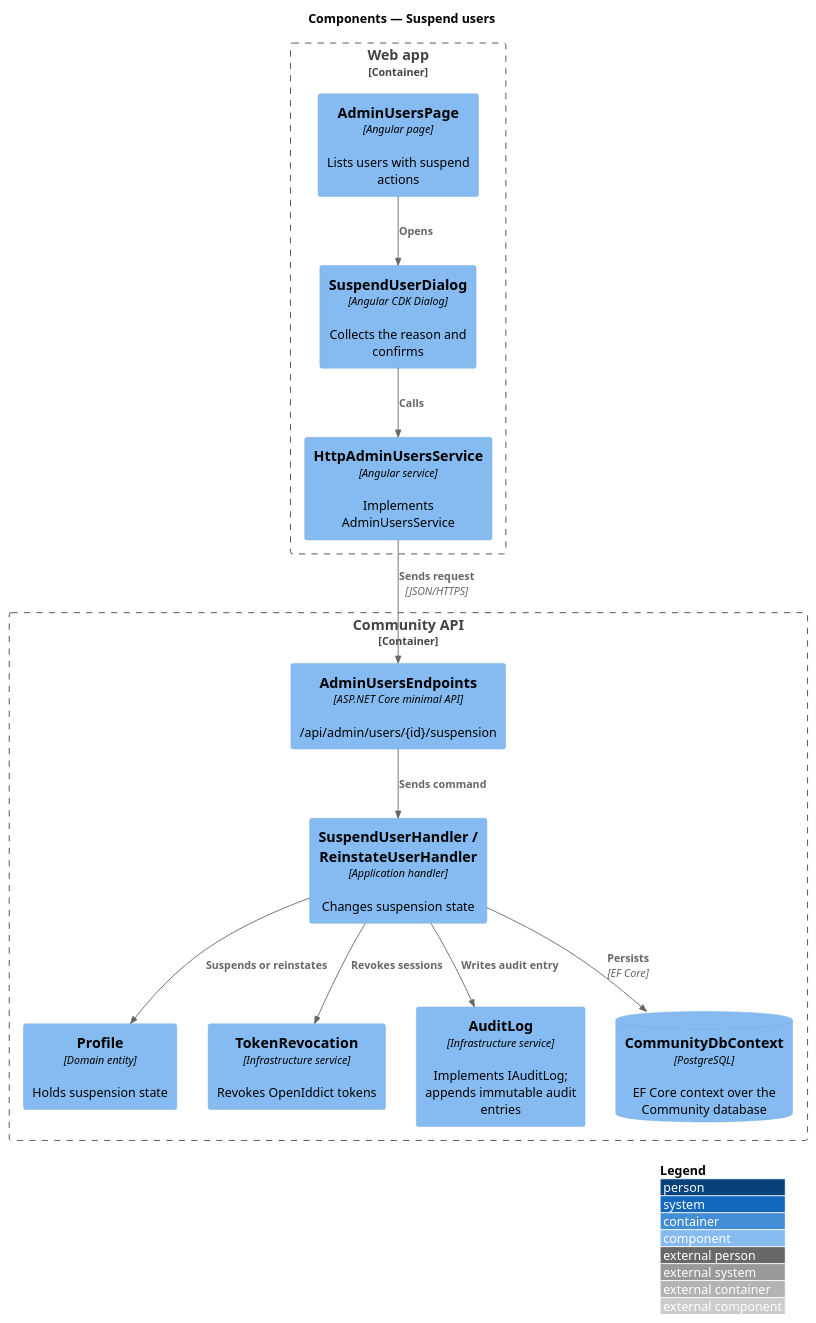
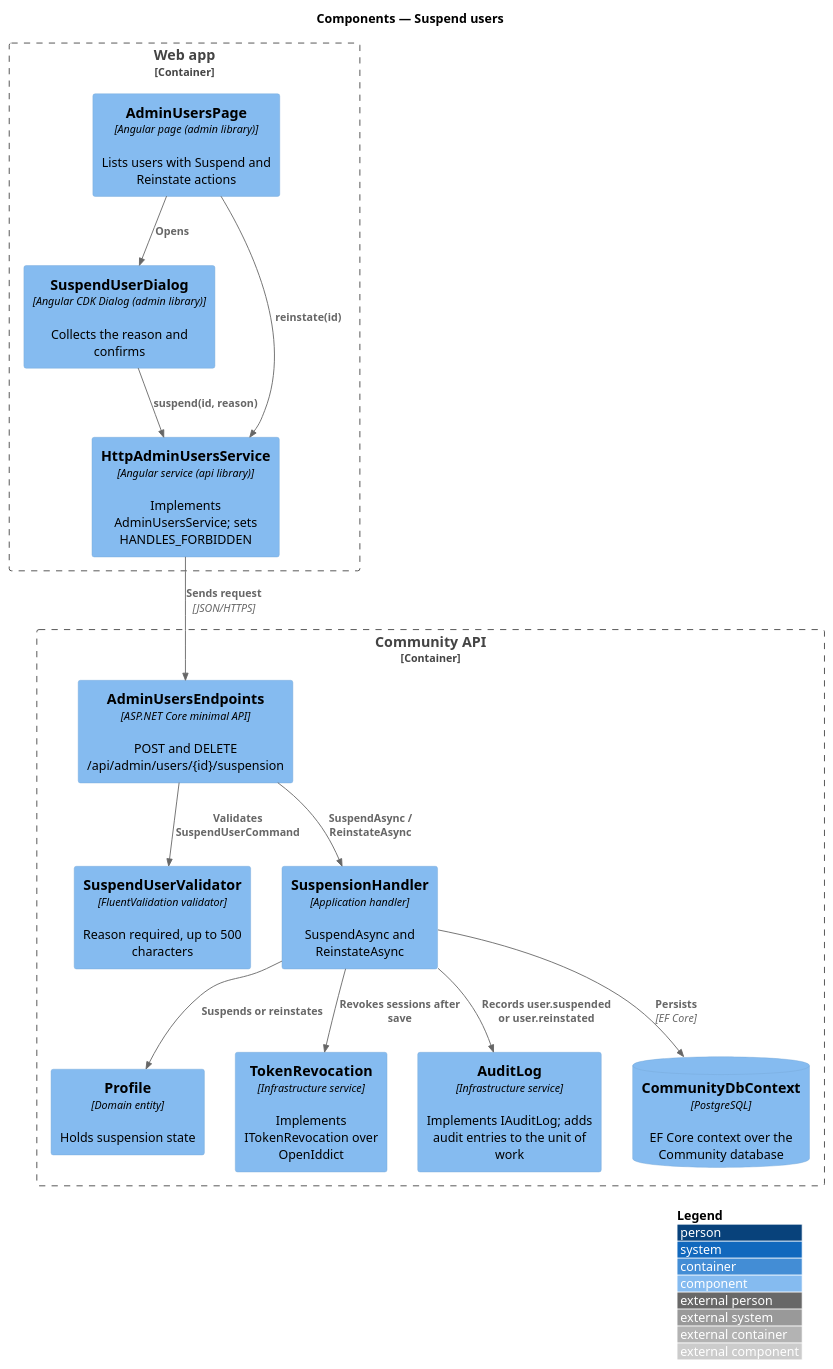
Before and after one commit to QuinntyneBrown/faithtech-community: the diagram in docs/detailed-designs/admin/suspend-users/diagrams/c4-component.puml, drawn with PlantUML. The commit also changed 67 other files, not shown here.

First line of the commit message:
Align the admin and invites designs and diagrams with the built code

```diff
--- a/docs/detailed-designs/admin/suspend-users/diagrams/c4-component.puml
+++ b/docs/detailed-designs/admin/suspend-users/diagrams/c4-component.puml
@@ -1,26 +1,29 @@
 @startuml
 !include <C4/C4_Component>
 LAYOUT_WITH_LEGEND()
 title Components — Suspend users
 Container_Boundary(web, "Web app") {
-  Component(page, "AdminUsersPage", "Angular page", "Lists users with suspend actions")
-  Component(dlg, "SuspendUserDialog", "Angular CDK Dialog", "Collects the reason and confirms")
-  Component(svc, "HttpAdminUsersService", "Angular service", "Implements AdminUsersService")
+  Component(page, "AdminUsersPage", "Angular page (admin library)", "Lists users with Suspend and Reinstate actions")
+  Component(dlg, "SuspendUserDialog", "Angular CDK Dialog (admin library)", "Collects the reason and confirms")
+  Component(svc, "HttpAdminUsersService", "Angular service (api library)", "Implements AdminUsersService; sets HANDLES_FORBIDDEN")
 }
 Container_Boundary(api, "Community API") {
-  Component(ep, "AdminUsersEndpoints", "ASP.NET Core minimal API", "/api/admin/users/{id}/suspension")
-  Component(h, "SuspendUserHandler / ReinstateUserHandler", "Application handler", "Changes suspension state")
+  Component(ep, "AdminUsersEndpoints", "ASP.NET Core minimal API", "POST and DELETE /api/admin/users/{id}/suspension")
+  Component(val, "SuspendUserValidator", "FluentValidation validator", "Reason required, up to 500 characters")
+  Component(h, "SuspensionHandler", "Application handler", "SuspendAsync and ReinstateAsync")
   Component(acct, "Profile", "Domain entity", "Holds suspension state")
-  Component(rev, "TokenRevocation", "Infrastructure service", "Revokes OpenIddict tokens")
-  Component(audit, "AuditLog", "Infrastructure service", "Implements IAuditLog; appends immutable audit entries")
+  Component(rev, "TokenRevocation", "Infrastructure service", "Implements ITokenRevocation over OpenIddict")
+  Component(audit, "AuditLog", "Infrastructure service", "Implements IAuditLog; adds audit entries to the unit of work")
   ComponentDb(db, "CommunityDbContext", "PostgreSQL", "EF Core context over the Community database")
 }
 Rel(page, dlg, "Opens")
-Rel(dlg, svc, "Calls")
+Rel(page, svc, "reinstate(id)")
+Rel(dlg, svc, "suspend(id, reason)")
 Rel(svc, ep, "Sends request", "JSON/HTTPS")
-Rel(ep, h, "Sends command")
+Rel(ep, val, "Validates SuspendUserCommand")
+Rel(ep, h, "SuspendAsync / ReinstateAsync")
 Rel(h, acct, "Suspends or reinstates")
-Rel(h, rev, "Revokes sessions")
-Rel(h, audit, "Writes audit entry")
+Rel(h, audit, "Records user.suspended or user.reinstated")
 Rel(h, db, "Persists", "EF Core")
+Rel(h, rev, "Revokes sessions after save")
 @enduml
```
